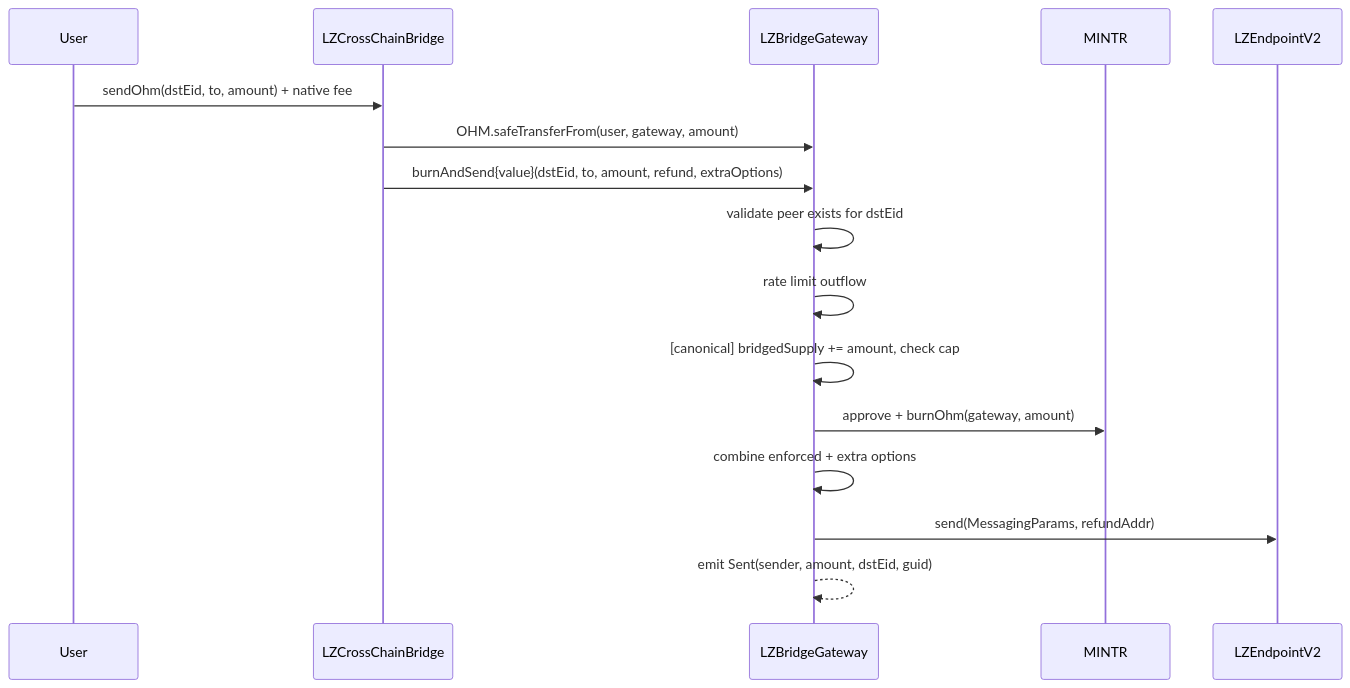
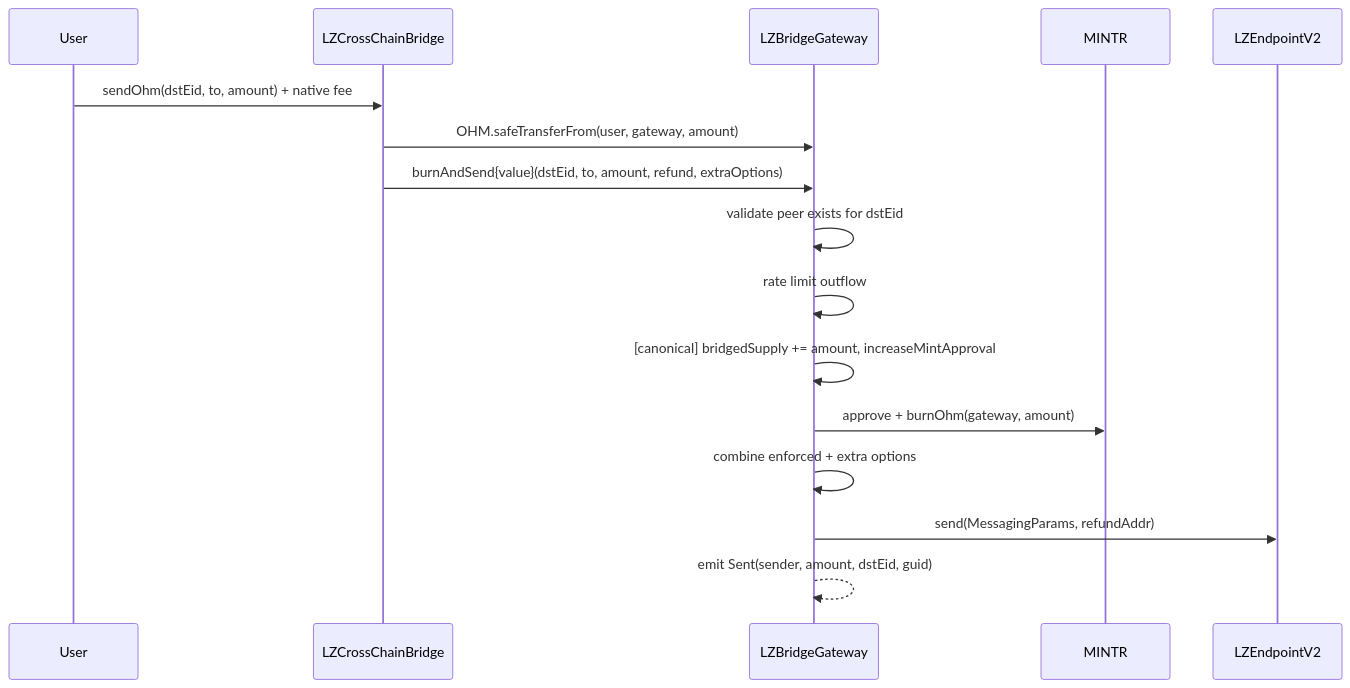
The first of 2 diagrams in audit/2026-03_lz-bridge-upgrade/README.md (OlympusDAO/olympus-v3), drawn with Mermaid before and after one commit. The commit also changed other lines of this file and 7 other files, not shown here.

````diff
--- a/audit/2026-03_lz-bridge-upgrade/README.md
+++ b/audit/2026-03_lz-bridge-upgrade/README.md
@@ -129,19 +129,19 @@
 ```mermaid
 sequenceDiagram
     participant User
     participant LZCrossChainBridge
     participant LZBridgeGateway
     participant MINTR
     participant LZEndpointV2
 
     User->>LZCrossChainBridge: sendOhm(dstEid, to, amount) + native fee
     LZCrossChainBridge->>LZBridgeGateway: OHM.safeTransferFrom(user, gateway, amount)
     LZCrossChainBridge->>LZBridgeGateway: burnAndSend{value}(dstEid, to, amount, refund, extraOptions)
     LZBridgeGateway->>LZBridgeGateway: validate peer exists for dstEid
     LZBridgeGateway->>LZBridgeGateway: rate limit outflow
-    LZBridgeGateway->>LZBridgeGateway: [canonical] bridgedSupply += amount, check cap
+    LZBridgeGateway->>LZBridgeGateway: [canonical] bridgedSupply += amount, increaseMintApproval
     LZBridgeGateway->>MINTR: approve + burnOhm(gateway, amount)
     LZBridgeGateway->>LZBridgeGateway: combine enforced + extra options
     LZBridgeGateway->>LZEndpointV2: send(MessagingParams, refundAddr)
     LZBridgeGateway-->>LZBridgeGateway: emit Sent(sender, amount, dstEid, guid)
 ```
````
